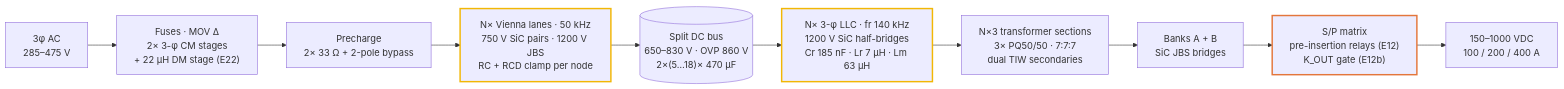
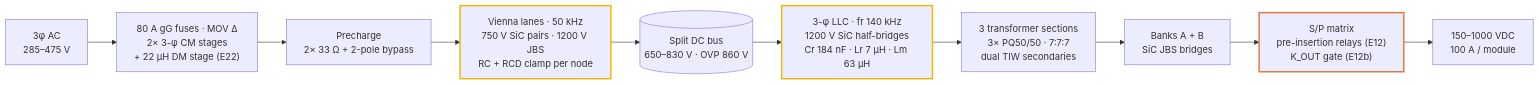
Before and after one commit to vectivolt/DC-Modules: the first of 3 diagrams in README.md, drawn with Mermaid. The commit also changed other lines of this file and 62 other files, not shown here.

````diff
--- a/README.md
+++ b/README.md
@@ -48,15 +51,15 @@
 ```mermaid
 flowchart LR
-  AC["3φ AC<br/>285–475 V"] --> P1["Fuses · MOV Δ<br/>2× 3-φ CM stages<br/>+ 22 µH DM stage (E22)"]
+  AC["3φ AC<br/>285–475 V"] --> P1["80 A gG fuses · MOV Δ<br/>2× 3-φ CM stages<br/>+ 22 µH DM stage (E22)"]
   P1 --> P2["Precharge<br/>2× 33 Ω + 2-pole bypass"]
-  P2 --> PFC["N× Vienna lanes · 50 kHz<br/>750 V SiC pairs · 1200 V JBS<br/>RC + RCD clamp per node"]
-  PFC --> BUS[("Split DC bus<br/>650–830 V · OVP 860 V<br/>2×(5…18)× 470 µF")]
-  BUS --> LLC["N× 3-φ LLC · fr 140 kHz<br/>1200 V SiC half-bridges<br/>Cr 185 nF · Lr 7 µH · Lm 63 µH"]
-  LLC --> XF["N×3 transformer sections<br/>3× PQ50/50 · 7:7:7<br/>dual TIW secondaries"]
+  P2 --> PFC["Vienna lanes · 50 kHz<br/>750 V SiC pairs · 1200 V JBS<br/>RC + RCD clamp per node"]
+  PFC --> BUS[("Split DC bus<br/>650–830 V · OVP 860 V")]
+  BUS --> LLC["3-φ LLC · fr 140 kHz<br/>1200 V SiC half-bridges<br/>Cr 184 nF · Lr 7 µH · Lm 63 µH"]
+  LLC --> XF["3 transformer sections<br/>3× PQ50/50 · 7:7:7<br/>dual TIW secondaries"]
   XF --> BK["Banks A + B<br/>SiC JBS bridges"]
   BK --> SP["S/P matrix<br/>pre-insertion relays (E12)<br/>K_OUT gate (E12b)"]
-  SP --> OUT["150–1000 VDC<br/>100 / 200 / 400 A"]
+  SP --> OUT["150–1000 VDC<br/>100 A / module"]
   style PFC stroke:#f2b705,stroke-width:2.5px
   style LLC stroke:#f2b705,stroke-width:2.5px
   style SP stroke:#e3763c,stroke-width:2.5px
 ```
````
